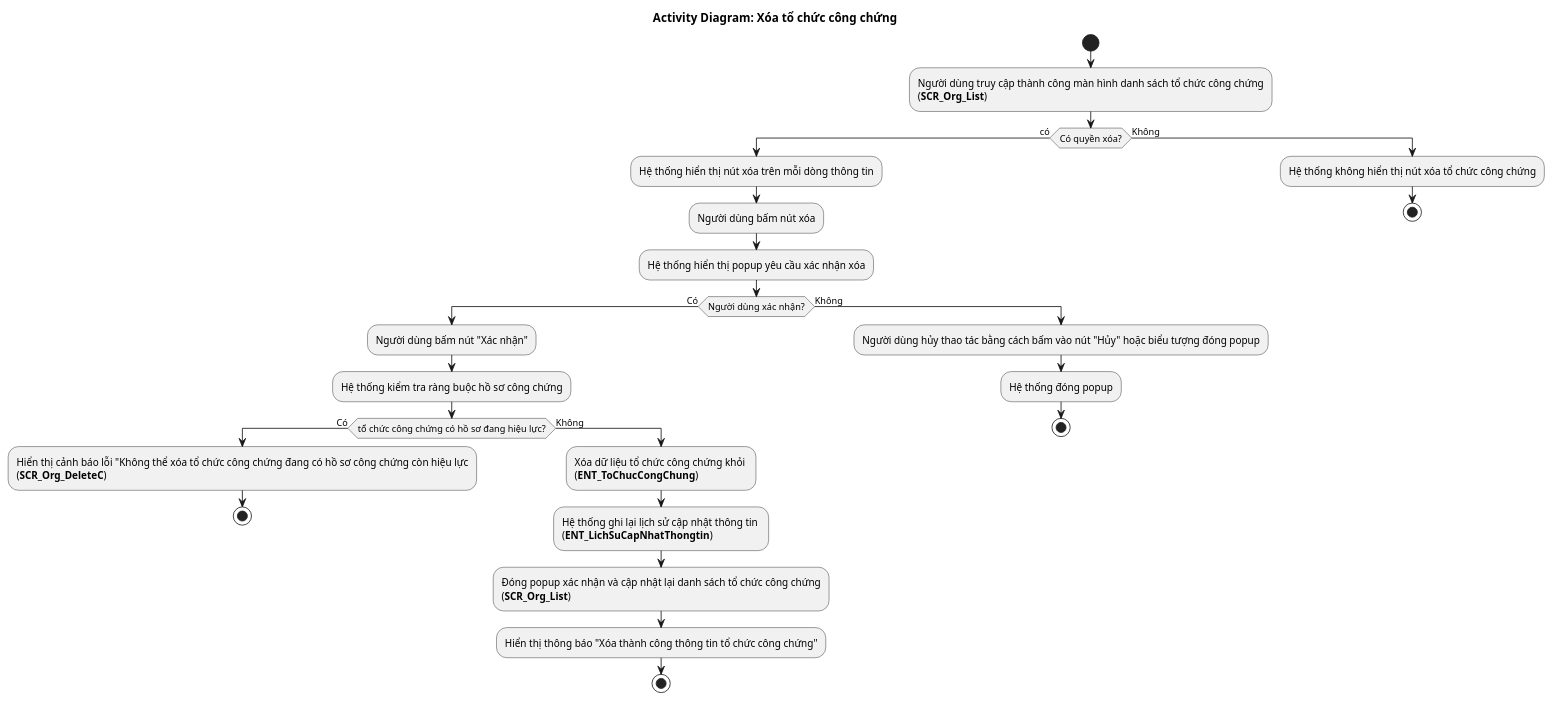
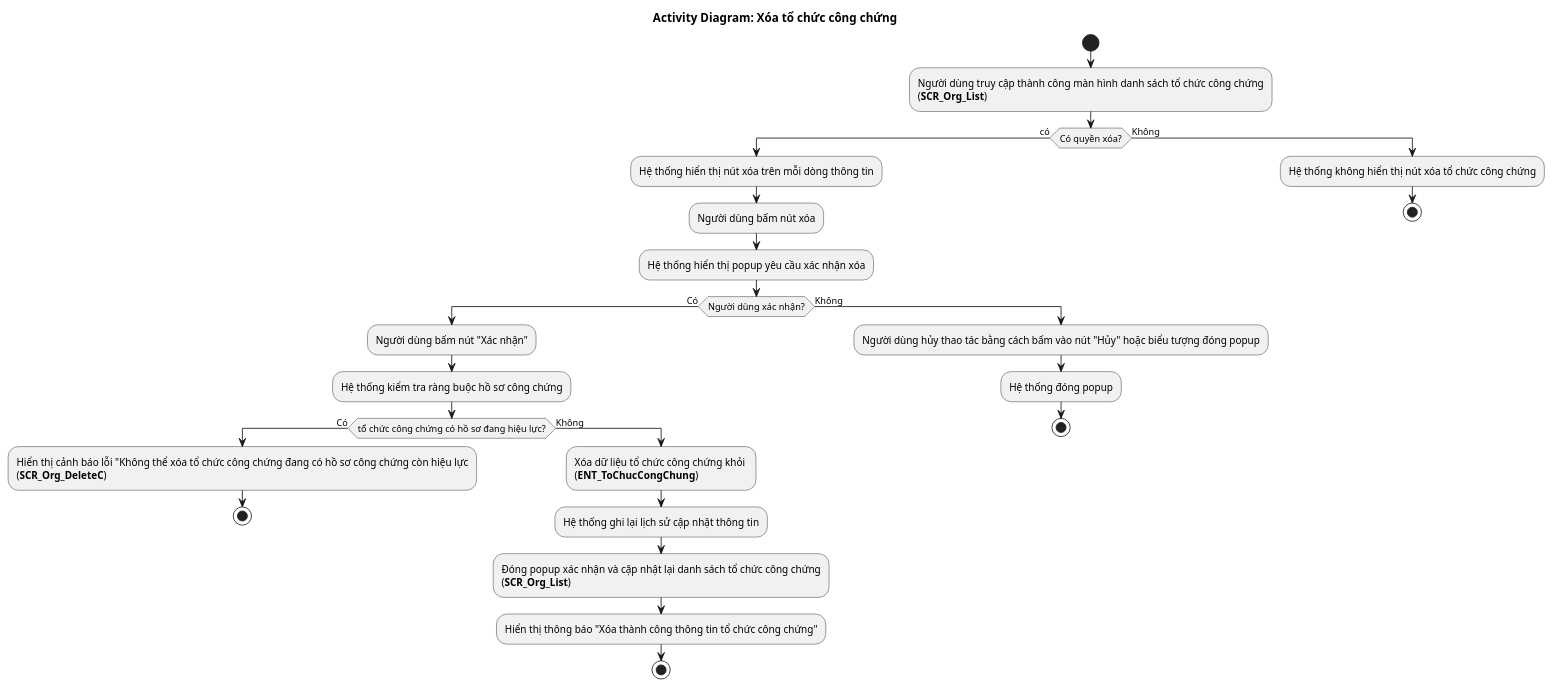
Before and after one commit to phuongpm23/nds-docs-test: the diagram in ba/[NDS-E-00016] Quản lý tổ chức hành nghề công chứng/4.usecases/[NDS-U-00022] Xoa/AD_Org_Delete.puml, drawn with PlantUML. The commit also changed 51 other files, not shown here.

```diff
--- a/ba/[NDS-E-00016] Quản lý tổ chức hành nghề công chứng/4.usecases/[NDS-U-00022] Xoa/AD_Org_Delete.puml
+++ b/ba/[NDS-E-00016] Quản lý tổ chức hành nghề công chứng/4.usecases/[NDS-U-00022] Xoa/AD_Org_Delete.puml
@@ -1,32 +1,32 @@
 @startuml AD_Org_Detail
 !pragma layout smetana
 title Activity Diagram: Xóa tổ chức công chứng
 
 start
 :Người dùng truy cập thành công màn hình danh sách tổ chức công chứng\n(**SCR_Org_List**);
 if (Có quyền xóa?) then (có)
 :Hệ thống hiển thị nút xóa trên mỗi dòng thông tin;
 :Người dùng bấm nút xóa;
 :Hệ thống hiển thị popup yêu cầu xác nhận xóa;
 if (Người dùng xác nhận?) then (Có)
   :Người dùng bấm nút "Xác nhận";
   :Hệ thống kiểm tra ràng buộc hồ sơ công chứng;
   if (tổ chức công chứng có hồ sơ đang hiệu lực?) then (Có)
     :Hiển thị cảnh báo lỗi "Không thể xóa tổ chức công chứng đang có hồ sơ công chứng còn hiệu lực\n(**SCR_Org_DeleteC**);
     stop
   else (Không)
     :Xóa dữ liệu tổ chức công chứng khỏi \n(**ENT_ToChucCongChung**);
-    :Hệ thống ghi lại lịch sử cập nhật thông tin \n(**ENT_LichSuCapNhatThongtin**);
+    :Hệ thống ghi lại lịch sử cập nhật thông tin;
     :Đóng popup xác nhận và cập nhật lại danh sách tổ chức công chứng\n(**SCR_Org_List**);
     :Hiển thị thông báo "Xóa thành công thông tin tổ chức công chứng";
     stop
   endif
 else (Không)
   :Người dùng hủy thao tác bằng cách bấm vào nút "Hủy" hoặc biểu tượng đóng popup;
   :Hệ thống đóng popup;
   stop
 endif
 else (Không)
 :Hệ thống không hiển thị nút xóa tổ chức công chứng;
 stop
 @enduml
```
